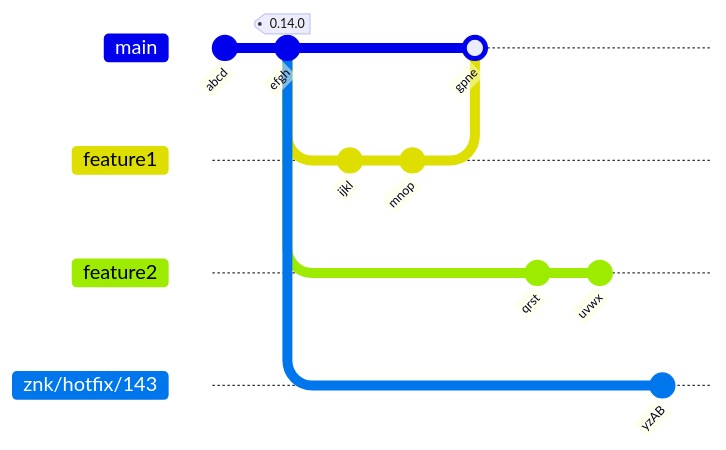
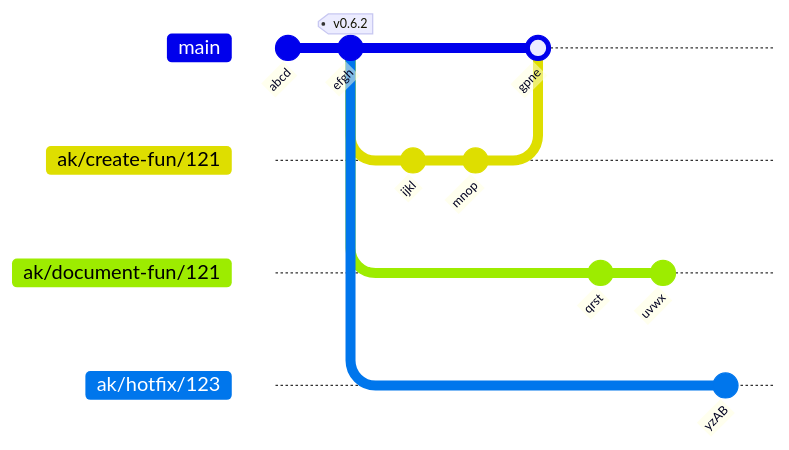
Before and after one commit to hubverse-org/hubDevs: the second of 5 diagrams in vignettes/hotfixes.qmd, drawn with Mermaid. The commit also changed other lines of this file, not shown here.

Commit message:
update hotfix vignette

````diff
--- a/vignettes/hotfixes.qmd
+++ b/vignettes/hotfixes.qmd
@@ -82,19 +125,19 @@
 ```{mermaid}
 gitGraph
     commit id: "abcd"
-    commit id: "efgh" tag: "0.14.0"
-    branch feature1
-    branch feature2
-    branch znk/hotfix/143
+    commit id: "efgh" tag: "v0.6.2"
+    branch ak/create-fun/121
+    branch ak/document-fun/121
+    branch ak/hotfix/123
     checkout main
-    checkout feature1
+    checkout ak/create-fun/121
     commit id: "ijkl"
     commit id: "mnop"
     checkout main
-    merge feature1 id: "gpne"
-    checkout feature2
+    merge ak/create-fun/121 id: "gpne"
+    checkout ak/document-fun/121
     commit id: "qrst"
     commit id: "uvwx"
-    checkout znk/hotfix/143
+    checkout ak/hotfix/123
     commit id: "yzAB"
 ```
````
